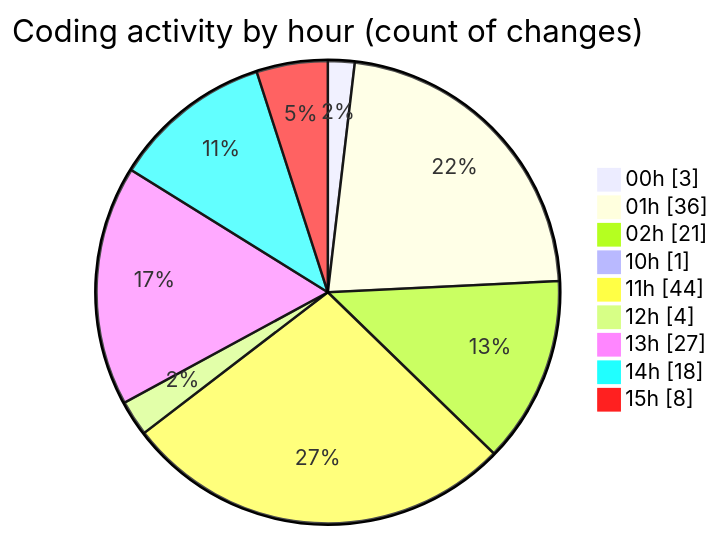
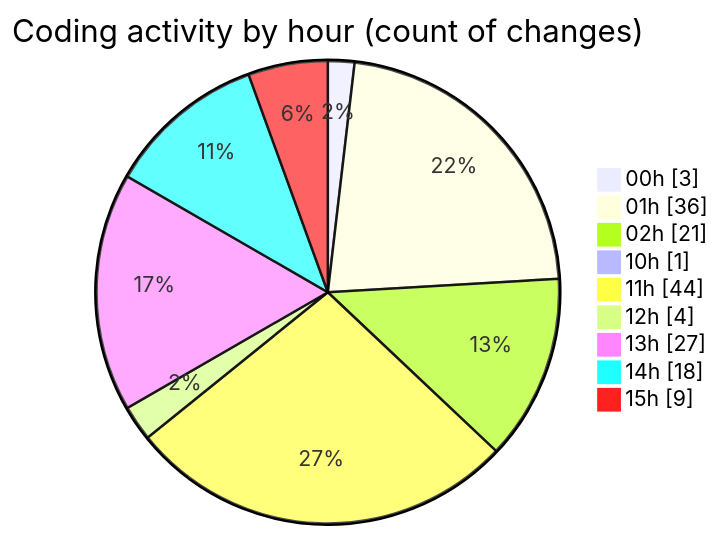
The second of 2 diagrams in 2025-09-05/hiai-phf/README.md (lephambinh05/code-tracking), drawn with Mermaid before and after one commit. The commit also changed other lines of this file and 1 other file, not shown here.

````diff
--- a/2025-09-05/hiai-phf/README.md
+++ b/2025-09-05/hiai-phf/README.md
@@ -85,13 +85,13 @@
 ```mermaid
 pie showData
 title Coding activity by hour (count of changes)
 "00h" : 3
 "01h" : 36
 "02h" : 21
 "10h" : 1
 "11h" : 44
 "12h" : 4
 "13h" : 27
 "14h" : 18
-"15h" : 8
+"15h" : 9
 ```
````
